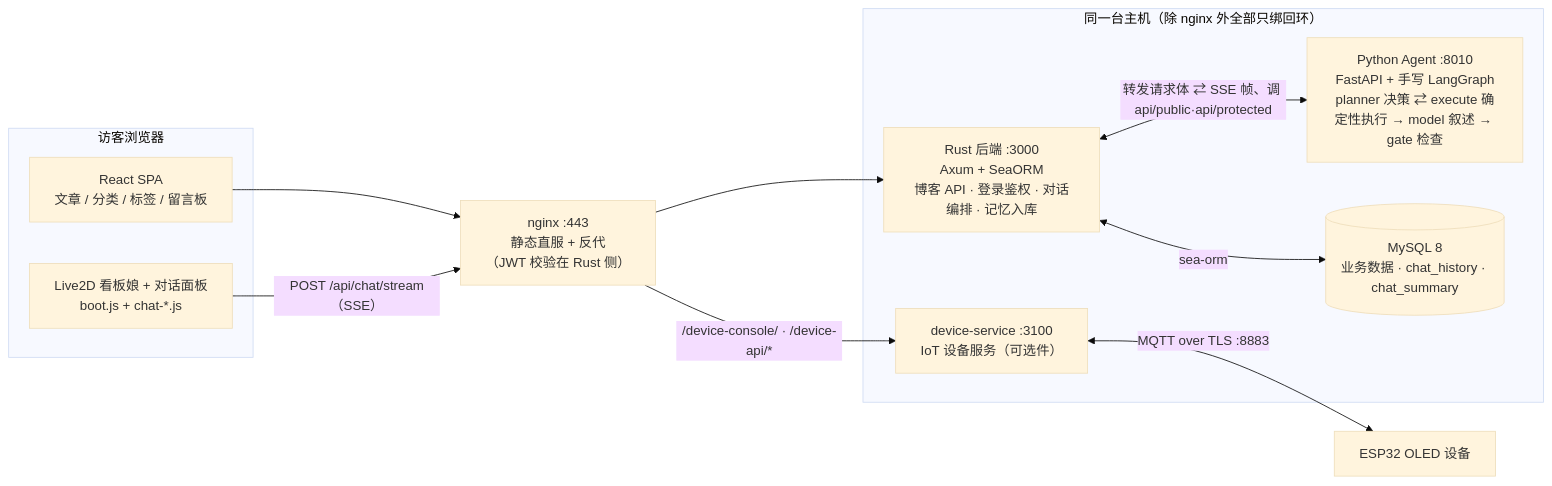
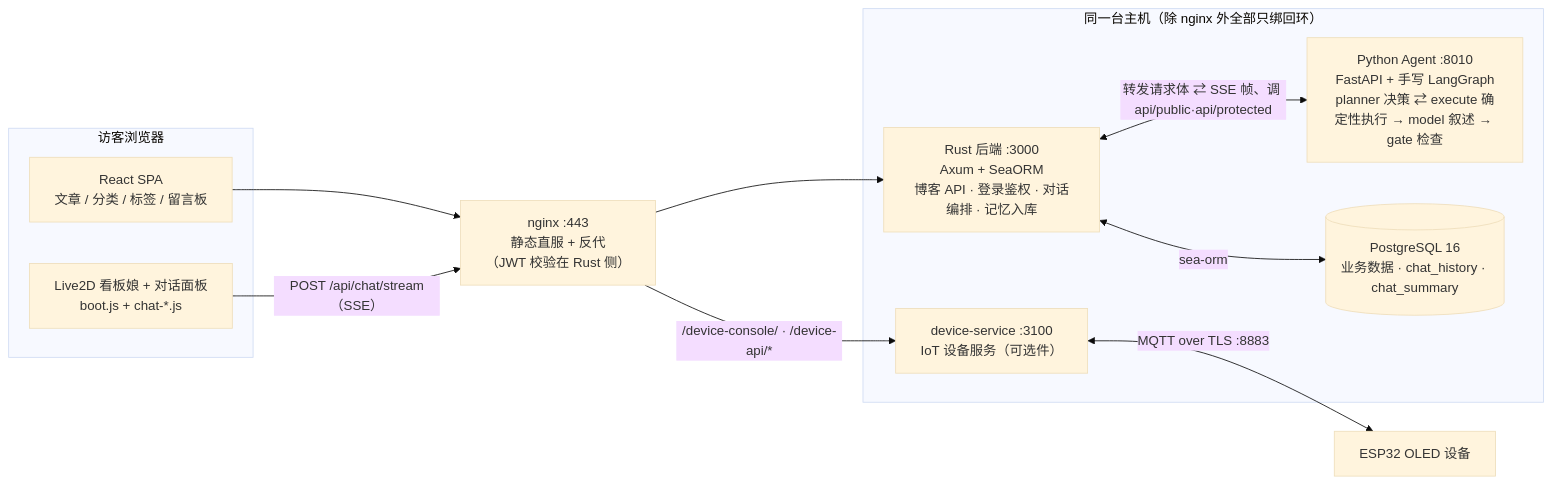
One commit to BigLeopardCat/Saudade-Blog changed the first of 3 diagrams in README.md. Above: the diagram before and after it, drawn with Mermaid (base theme). The commit also changed other lines of this file and 31 other files, not shown here.

````diff
--- a/README.md
+++ b/README.md
@@ -83,26 +83,26 @@
 ```mermaid
 flowchart LR
     subgraph Browser["访客浏览器"]
         SPA["React SPA<br/>文章 / 分类 / 标签 / 留言板"]
         WAIFU["Live2D 看板娘 + 对话面板<br/>boot.js + chat-*.js"]
     end
 
     NGX["nginx :443<br/>静态直服 + 反代<br/>（JWT 校验在 Rust 侧）"]
 
     subgraph Host["同一台主机（除 nginx 外全部只绑回环）"]
         RUST["Rust 后端 :3000<br/>Axum + SeaORM<br/>博客 API · 登录鉴权 · 对话编排 · 记忆入库"]
         AGT["Python Agent :8010<br/>FastAPI + 手写 LangGraph<br/>planner 决策 ⇄ execute 确定性执行 → model 叙述 → gate 检查"]
         DEV["device-service :3100<br/>IoT 设备服务（可选件）"]
-        DB[("MySQL 8<br/>业务数据 · chat_history · chat_summary")]
+        DB[("PostgreSQL 16<br/>业务数据 · chat_history · chat_summary")]
     end
 
     ESP["ESP32 OLED 设备"]
 
     SPA --> NGX
     WAIFU -->|"POST /api/chat/stream（SSE）"| NGX
     NGX --> RUST
     NGX -->|"/device-console/ · /device-api/*"| DEV
     RUST <-->|"sea-orm"| DB
     RUST <-->|"转发请求体 ⇄ SSE 帧、调 api/public·api/protected"| AGT
     DEV <-->|"MQTT over TLS :8883"| ESP
 ```
````
